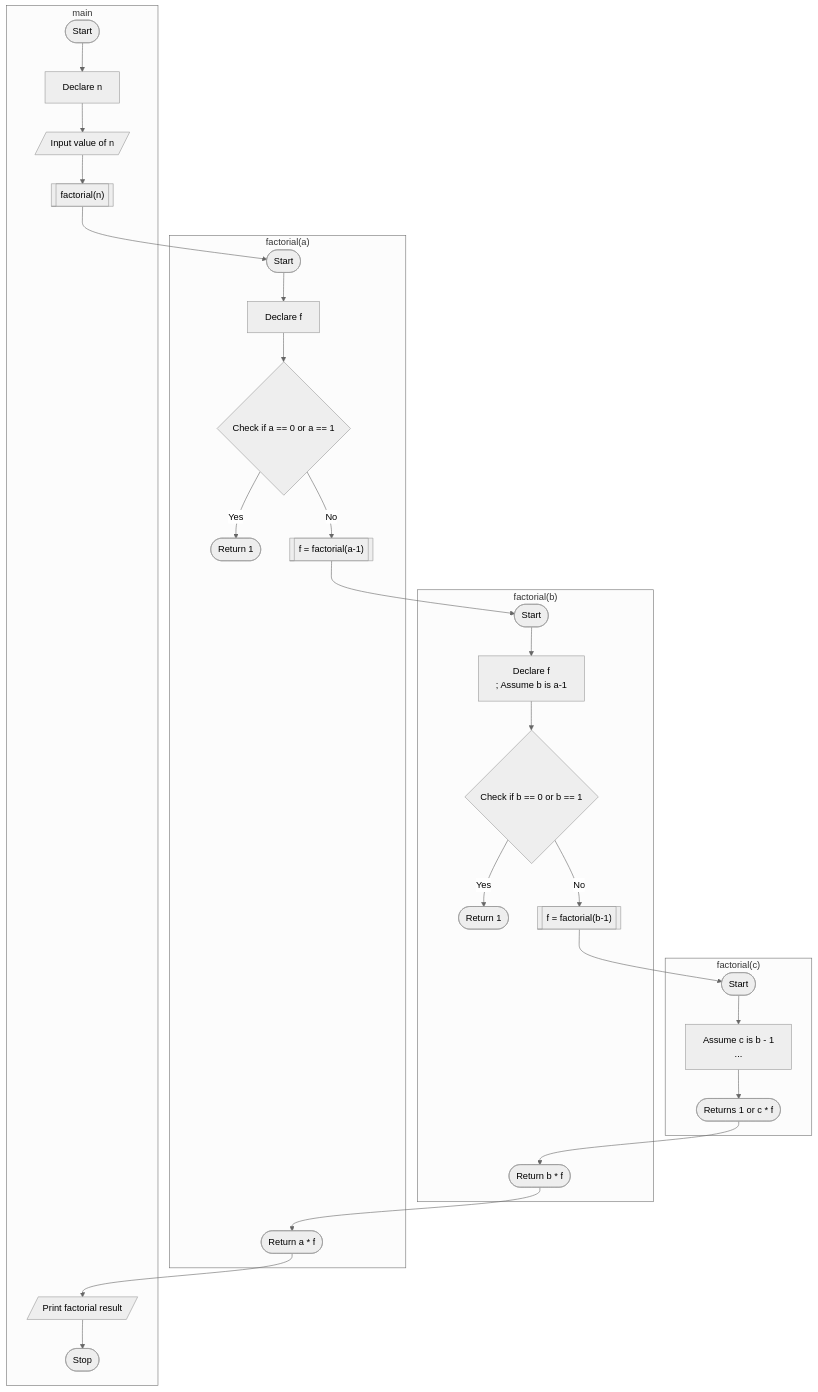
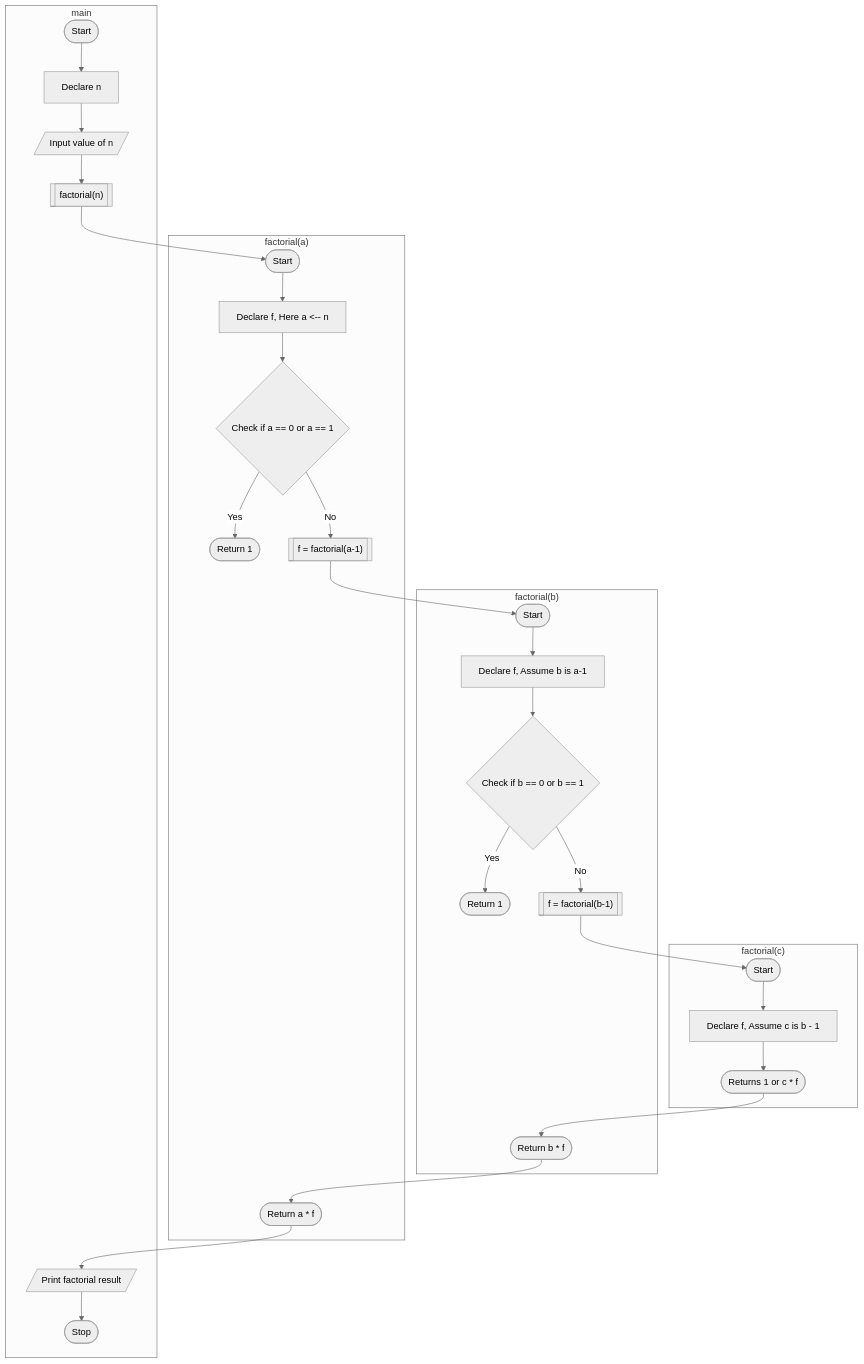
The second of 2 diagrams in PR/P8 - Recursion.md (Vinit-source/Programming-for-problem-solving), drawn with Mermaid (neutral theme) before and after one commit. The commit also changed other lines of this file, not shown here.

Commit message:
PR/P8 - Recursion.md updated from https://stackedit.io/

````diff
--- a/PR/P8 - Recursion.md
+++ b/PR/P8 - Recursion.md
@@ -47,35 +47,35 @@
 ```mermaid
 flowchart TD;
 subgraph ide3["factorial(c)"]
 	funcStart3([Start])
-	funcStart3 --> A3[Assume c is b - 1\n...];
+	funcStart3 --> A3[Declare f, Assume c is b - 1];
 	A3 --> E3([Returns 1 or c * f]);
 end
 subgraph ide2["factorial(b)"]
 	    funcStart2([Start])
-        funcStart2 --> A2[Declare f\n; Assume b is a-1];
+        funcStart2 --> A2[Declare f, Assume b is a-1];
         A2 --> B2{"Check if b == 0 or b == 1"};
         B2 -- Yes --> C2([Return 1]);
         B2 -- No --> D2[["f = factorial(b-1)"]];
         D2 --> funcStart3;
         E3 --> E2([Return b * f]);
  end
  subgraph ide1["factorial(a)"]
 		funcStart([Start]);
-        funcStart --> A1[Declare f];
+        funcStart --> A1[Declare f, Here a <-- n];
         A1 --> B1{Check if a == 0 or a == 1};
         B1 -- Yes --> C1([Return 1]);
         B1 -- No --> D1[["f = factorial(a-1)"]];
         D1 --> funcStart2
         E2 --> E1([Return a * f]);
 
     end
 subgraph main
 	Start([Start]) --> B[Declare n];
     B --> C[/Input value of n/];
     C --> D[["factorial(n)"]]
     D --> funcStart
     E1 -->  E[/Print factorial result/];
     E --> F([Stop]);
    end
 ```
````
